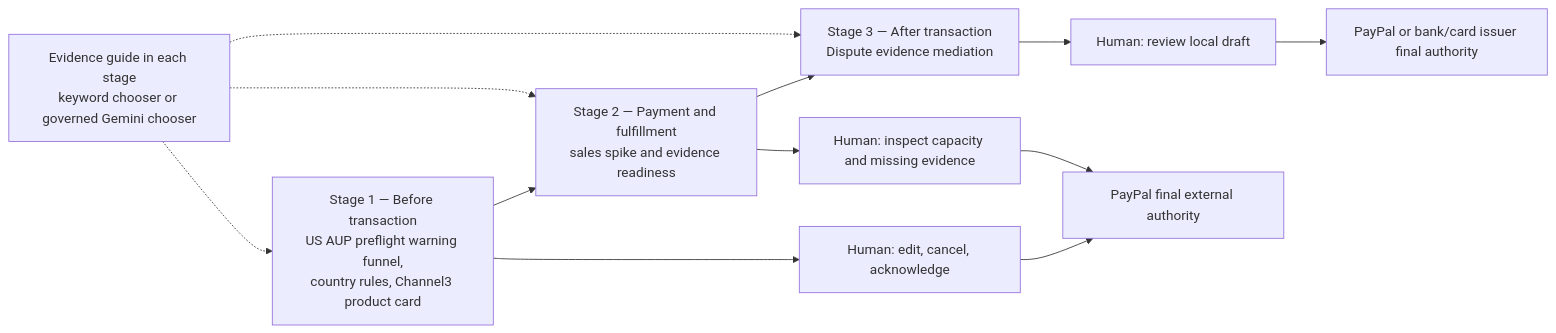
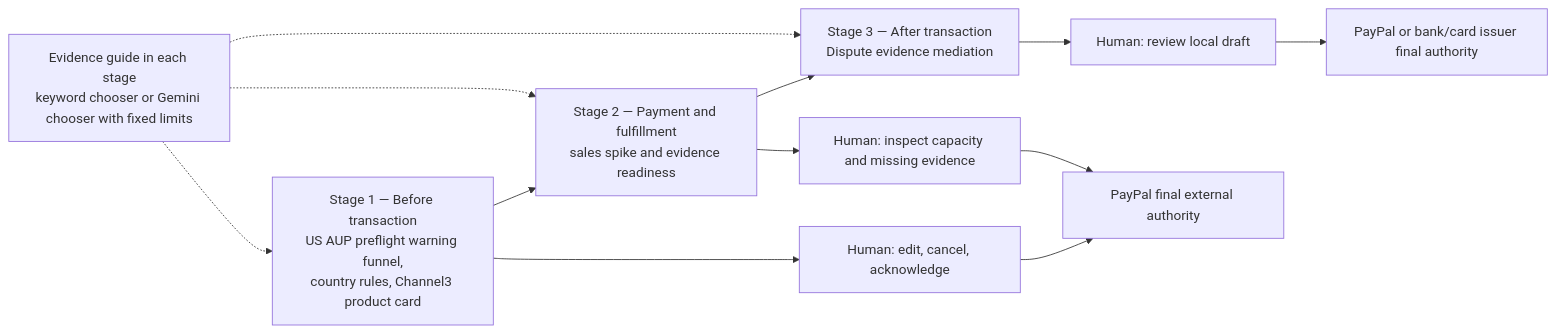
One commit to jiarong0423/payguard-ai changed the second of 3 diagrams in docs/decisions/2026Q4/architecture.md. Above: the diagram before and after it, drawn with Mermaid. The commit also changed other lines of this file and 61 other files, not shown here.

````diff
--- a/docs/decisions/2026Q4/architecture.md
+++ b/docs/decisions/2026Q4/architecture.md
@@ -67,14 +67,14 @@
 ```mermaid
 flowchart LR
   S1["Stage 1 — Before transaction<br/>US AUP preflight warning funnel,<br/>country rules, Channel3 product card"] --> S2["Stage 2 — Payment and fulfillment<br/>sales spike and evidence readiness"]
   S2 --> S3["Stage 3 — After transaction<br/>Dispute evidence mediation"]
   S1 --> H1["Human: edit, cancel, acknowledge"]
   S2 --> H2["Human: inspect capacity and missing evidence"]
   S3 --> H3["Human: review local draft"]
-  G["Evidence guide in each stage<br/>keyword chooser or governed Gemini chooser"] -.-> S1
+  G["Evidence guide in each stage<br/>keyword chooser or Gemini chooser with fixed limits"] -.-> S1
   G -.-> S2
   G -.-> S3
   H1 --> P["PayPal final external authority"]
   H2 --> P
   H3 --> A["PayPal or bank/card issuer final authority"]
 ```
````
